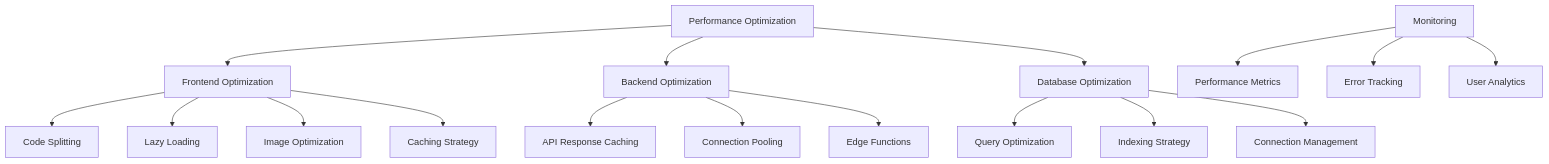
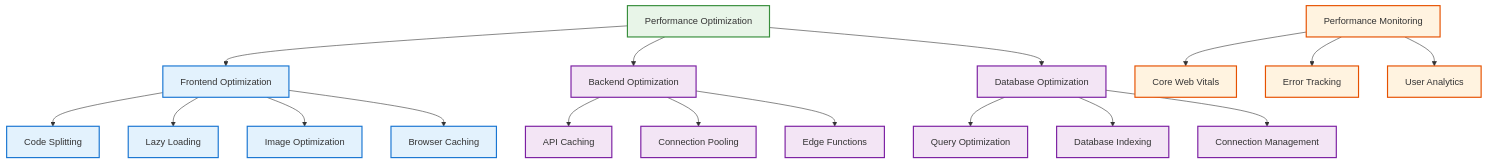
Before and after one commit to Om7035/student-market: the tenth of 11 diagrams in ARCHITECTURE_DIAGRAMS.md, drawn with Mermaid. The commit also changed other lines of this file, not shown here.

````diff
--- a/ARCHITECTURE_DIAGRAMS.md
+++ b/ARCHITECTURE_DIAGRAMS.md
@@ -626,23 +500,33 @@
 ```mermaid
 graph TB
-    A[Performance Optimization] --> B[Frontend Optimization]
-    A --> C[Backend Optimization]
-    A --> D[Database Optimization]
+    Performance[Performance Optimization] --> Frontend[Frontend Optimization]
+    Performance --> Backend[Backend Optimization]
+    Performance --> Database[Database Optimization]
     
-    B --> E[Code Splitting]
-    B --> F[Lazy Loading]
-    B --> G[Image Optimization]
-    B --> H[Caching Strategy]
+    Frontend --> CodeSplit[Code Splitting]
+    Frontend --> LazyLoad[Lazy Loading]
+    Frontend --> Images[Image Optimization]
+    Frontend --> Cache[Browser Caching]
     
-    C --> I[API Response Caching]
-    C --> J[Connection Pooling]
-    C --> K[Edge Functions]
+    Backend --> API[API Caching]
+    Backend --> Connection[Connection Pooling]
+    Backend --> Edge[Edge Functions]
     
-    D --> L[Query Optimization]
-    D --> M[Indexing Strategy]
-    D --> N[Connection Management]
+    Database --> Queries[Query Optimization]
+    Database --> Indexes[Database Indexing]
+    Database --> Connections[Connection Management]
     
-    O[Monitoring] --> P[Performance Metrics]
-    O --> Q[Error Tracking]
-    O --> R[User Analytics]
+    Monitoring[Performance Monitoring] --> Metrics[Core Web Vitals]
+    Monitoring --> Tracking[Error Tracking]
+    Monitoring --> Analytics[User Analytics]
+    
+    classDef perfBox fill:#e8f5e8,stroke:#388e3c,stroke-width:2px
+    classDef frontendBox fill:#e3f2fd,stroke:#1976d2,stroke-width:2px
+    classDef backendBox fill:#f3e5f5,stroke:#7b1fa2,stroke-width:2px
+    classDef monitorBox fill:#fff3e0,stroke:#e65100,stroke-width:2px
+    
+    class Performance perfBox
+    class Frontend,CodeSplit,LazyLoad,Images,Cache frontendBox
+    class Backend,API,Connection,Edge,Database,Queries,Indexes,Connections backendBox
+    class Monitoring,Metrics,Tracking,Analytics monitorBox
 ```
````
